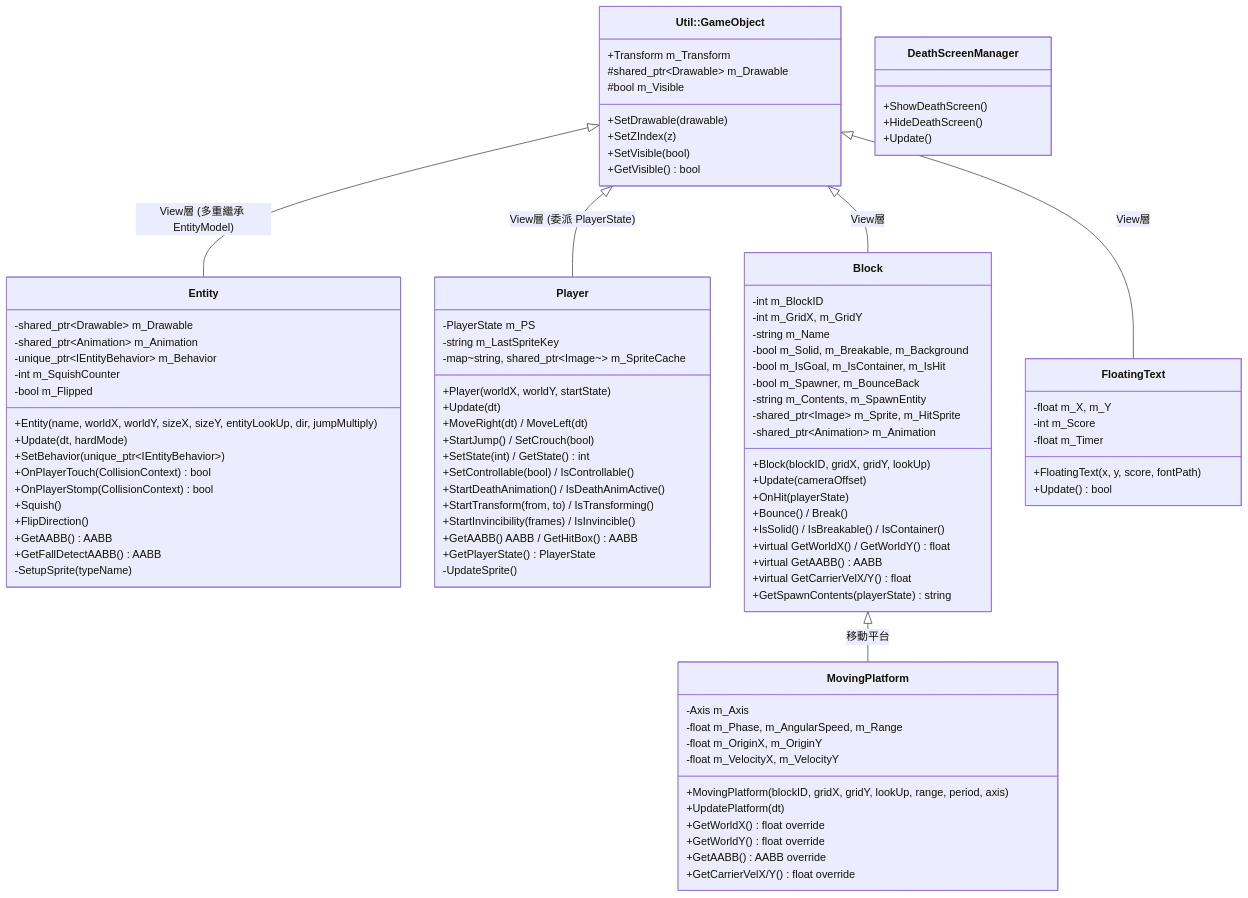
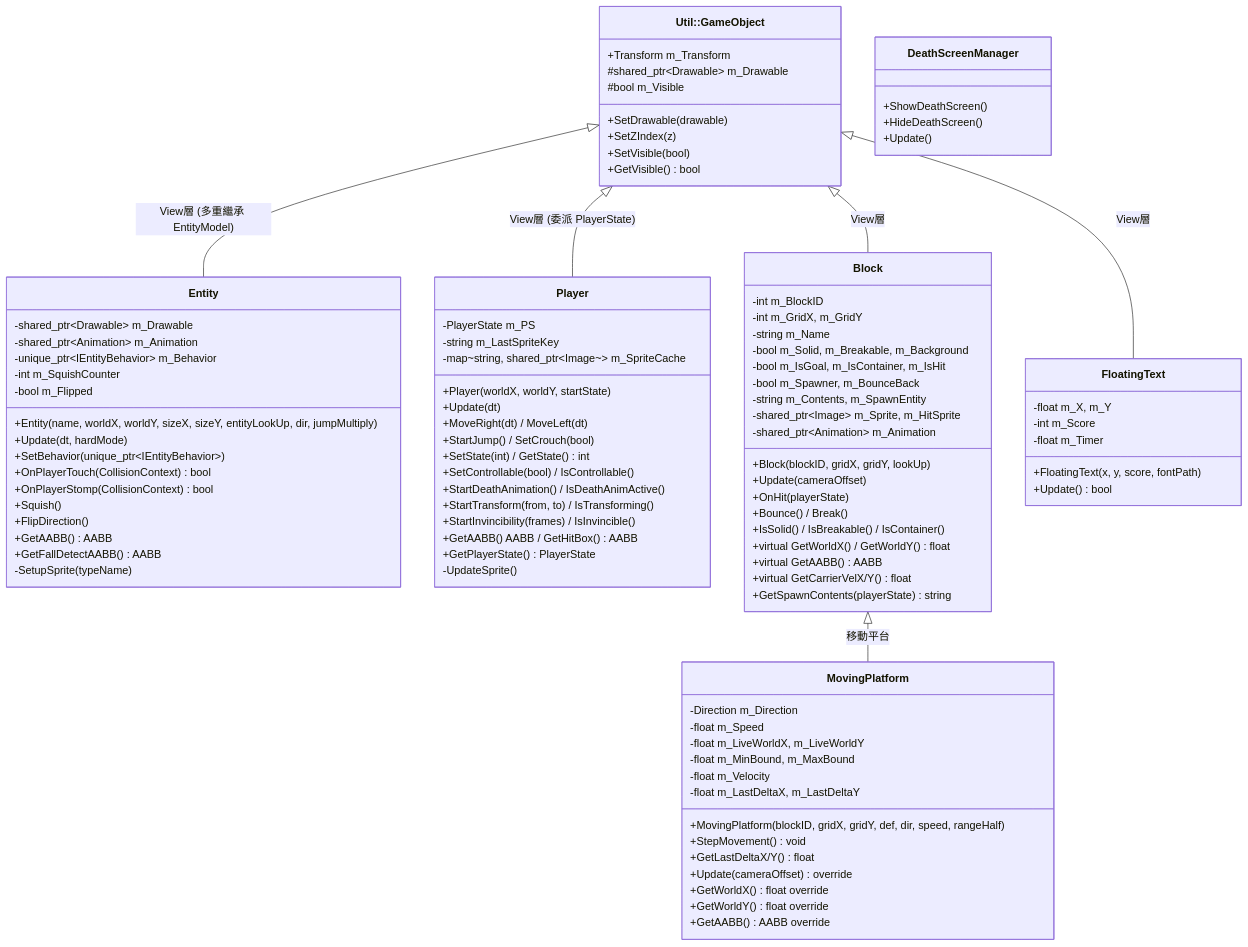
One commit to Andy87877/NTUT_OOPL_mario changed diagram 11 of 20 in Constructure.md. Above: the diagram before and after it, drawn with Mermaid. The commit also changed other lines of this file and 39 other files, not shown here.

First line of the commit message:
feat: Implement moving platforms with vertical and horizontal movement

```diff
--- a/Constructure.md
+++ b/Constructure.md
@@ -2431,16 +2433,19 @@
     }
 
     class MovingPlatform {
-        -Axis m_Axis
-        -float m_Phase, m_AngularSpeed, m_Range
-        -float m_OriginX, m_OriginY
-        -float m_VelocityX, m_VelocityY
-        +MovingPlatform(blockID, gridX, gridY, lookUp, range, period, axis)
-        +UpdatePlatform(dt)
+        -Direction m_Direction
+        -float m_Speed
+        -float m_LiveWorldX, m_LiveWorldY
+        -float m_MinBound, m_MaxBound
+        -float m_Velocity
+        -float m_LastDeltaX, m_LastDeltaY
+        +MovingPlatform(blockID, gridX, gridY, def, dir, speed, rangeHalf)
+        +StepMovement() void
+        +GetLastDeltaX/Y() float
+        +Update(cameraOffset) override
         +GetWorldX() float override
         +GetWorldY() float override
         +GetAABB() AABB override
-        +GetCarrierVelX/Y() float override
     }
 
     class FloatingText {
```
